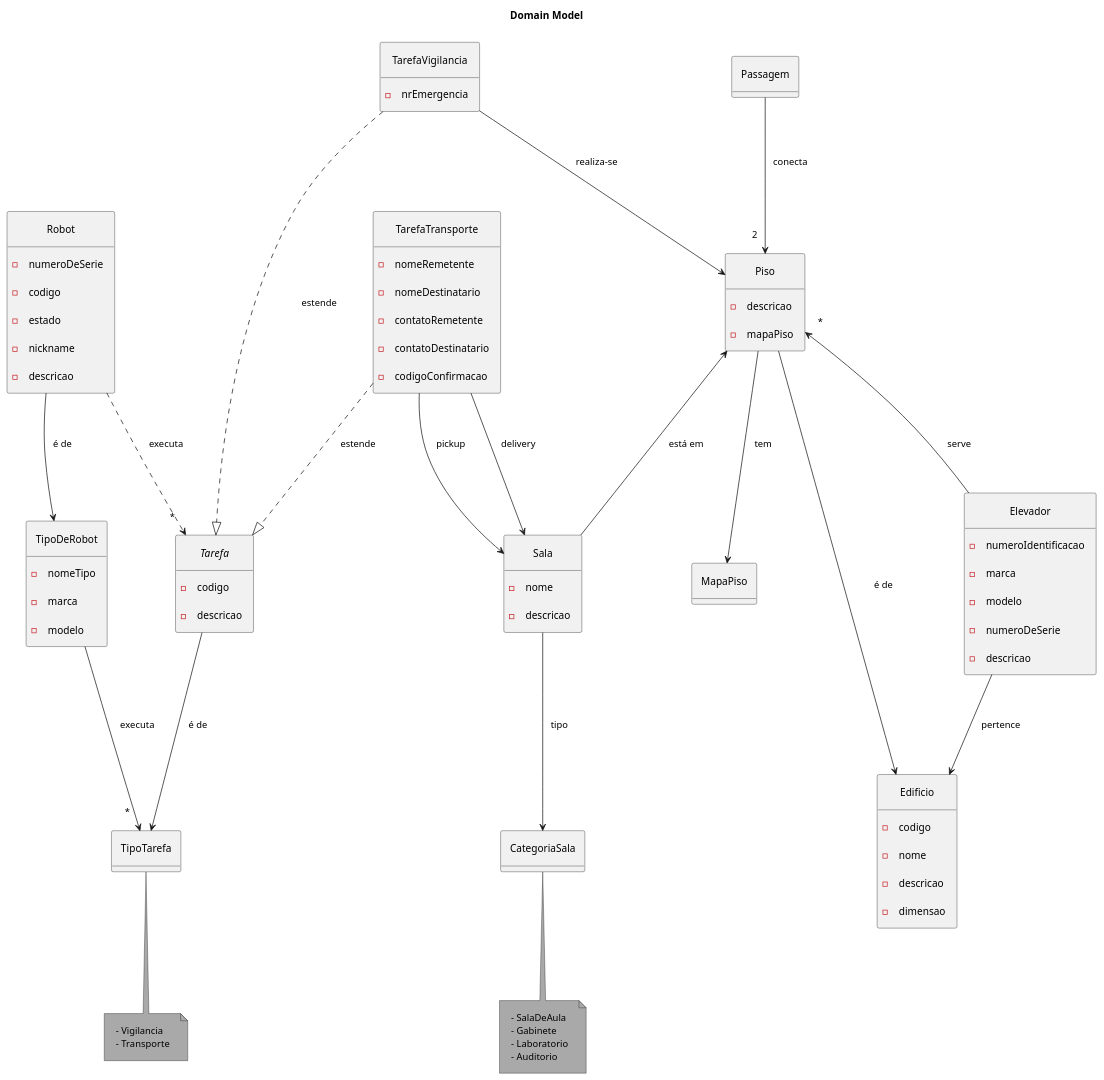
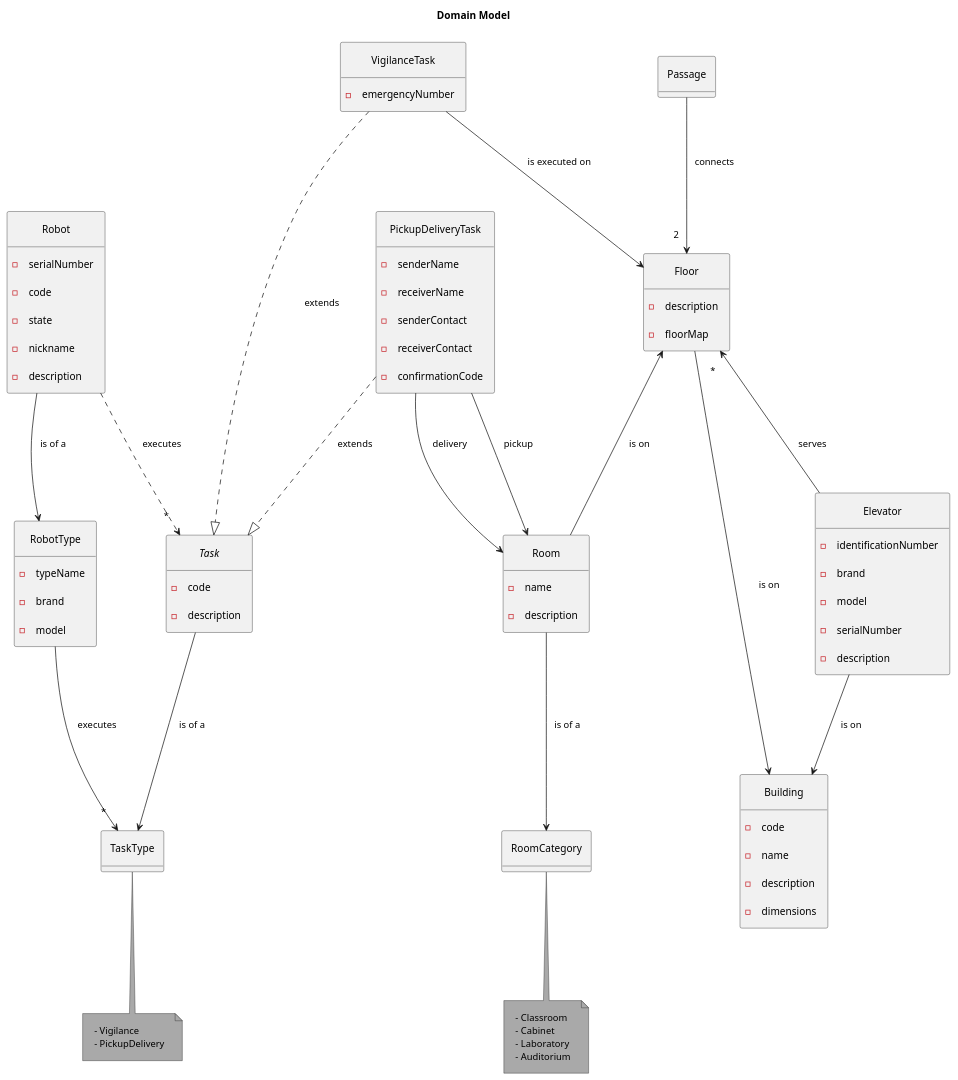
One commit to rpeir/LAPR5 changed the diagram in docs/domainModel/domainModel.puml. Above: the diagram before and after it, drawn with PlantUML. The commit also changed 3 other files, not shown here.

Commit message:
FRG-1 Changed DDD and domainModel to english

```diff
--- a/docs/domainModel/domainModel.puml
+++ b/docs/domainModel/domainModel.puml
@@ -1,127 +1,123 @@
-@startuml Domain Driven Design
+@startuml Domain Model
 
 title "Domain Model"
 ' left to right direction
 ' top to bottom direction
 skinparam Padding 10
 skinparam Nodesep 80
 skinparam ranksep 100
 skinparam groupInheritance 1
 ' skinparam linetype ortho
 skinparam separation 1000
 skinparam NoteBackgroundColor #A9A9A9
 skinparam PackageStyle rectangle
 skinparam package {
     BackgroundColor #D3D3D3
     FontStyle bold
 }
 
 hide circle
 hide methods
 
     entity Robot {
-        -numeroDeSerie
-        -codigo
-        -estado
+        -serialNumber
+        -code
+        -state
         -nickname
-        -descricao
+        -description
     }
 
-    entity TipoDeRobot {
-        - nomeTipo
-        - marca
-        - modelo
+    entity RobotType {
+        - typeName
+        - brand
+        - model
     }
 
-    enum TipoTarefa {
-    }
-    note bottom of TipoTarefa {
-        - Vigilancia
-        - Transporte
+    enum TaskType {}
+    note bottom of TaskType {
+            - Vigilance
+            - PickupDelivery
     }
 
-    interface Tarefa {
-        - codigo
-        - descricao
+    interface Task {
+        - code
+        - description
 
     }
 
-    entity TarefaVigilancia {
-        - nrEmergencia
+    entity VigilanceTask {
+        - emergencyNumber
     }
 
-    entity TarefaTransporte {
-        - nomeRemetente
-        - nomeDestinatario
-        - contatoRemetente
-        - contatoDestinatario
-        - codigoConfirmacao
+    entity PickupDeliveryTask {
+        - senderName
+        - receiverName
+        - senderContact
+        - receiverContact
+        - confirmationCode
     }
 
-    entity Edificio {
-        - codigo
-        - nome
-        - descricao
-        - dimensao
+    entity Building {
+        - code
+        - name
+        - description
+        - dimensions
     }
 
-    entity Piso {
-        - descricao
-        - mapaPiso
+    entity Floor {
+        - description
+        - floorMap
     }
 
-    entity Elevador {
-        - numeroIdentificacao
-        - marca
-        - modelo
-        - numeroDeSerie
-        - descricao
+    entity Elevator {
+        - identificationNumber
+        - brand
+        - model
+        - serialNumber
+        - description
     }
 
-
-    entity Sala {
-        - nome
-        - descricao
+    entity Room {
+        - name
+        - description
     }
 
-    enum CategoriaSala
+    enum RoomCategory {}
 
-    note bottom of CategoriaSala {
-        - SalaDeAula
-        - Gabinete
-        - Laboratorio
-        - Auditorio
+    note bottom of RoomCategory {
+            - Classroom
+            - Cabinet
+            - Laboratory
+            - Auditorium
     }
 
-    entity Passagem {
+    entity Passage {
     }
 
+VigilanceTask ..|> Task: extends
+PickupDeliveryTask ..|> Task: extends
 
-TarefaVigilancia ..|> Tarefa: estende
-TarefaTransporte ..|> Tarefa: estende
+Room --> RoomCategory: is of a
 
-Sala --> CategoriaSala: tipo
+RobotType --> "*" TaskType: executes
 
-TipoDeRobot --> "*" TipoTarefa: executa
+Floor --> Building: is on
+Floor "*" <-- Elevator : serves
+Floor <-- Room: is on
 
-Piso --> Edificio: é de
-Piso "*" <-- Elevador : serve
-Piso <-- Sala: está em
-Piso --> MapaPiso: tem
+Elevator --> Building: is on
 
-Elevador --> Edificio: pertence
+PickupDeliveryTask --> Room: delivery
+PickupDeliveryTask --> Room: pickup
 
-TarefaTransporte --> Sala: delivery
-TarefaTransporte --> Sala: pickup
+VigilanceTask --> Floor: is executed on
 
-TarefaVigilancia --> Piso: realiza-se
+Passage --> "2" Floor: connects
 
-Passagem --> "2" Piso: conecta
+Robot --> RobotType : is of a
 
-Robot --> TipoDeRobot : é de
+Task --> TaskType : is of a
 
-Tarefa --> TipoTarefa : é de
-
-Robot ..> "*" Tarefa : executa
+Robot ..> "*" Task : executes
 
 @enduml
```
